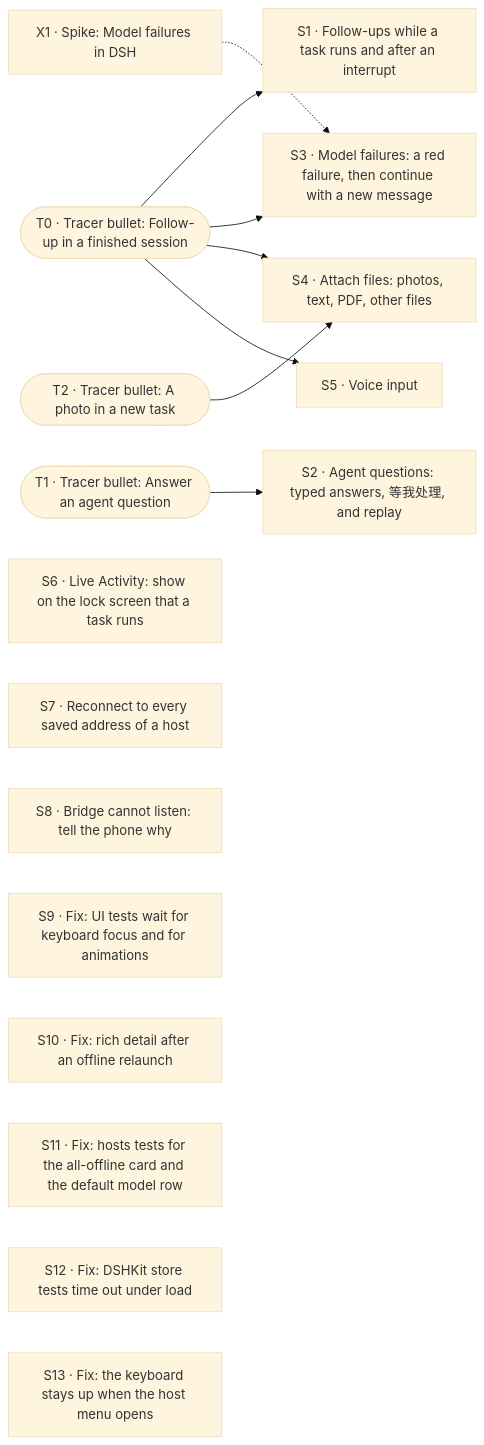
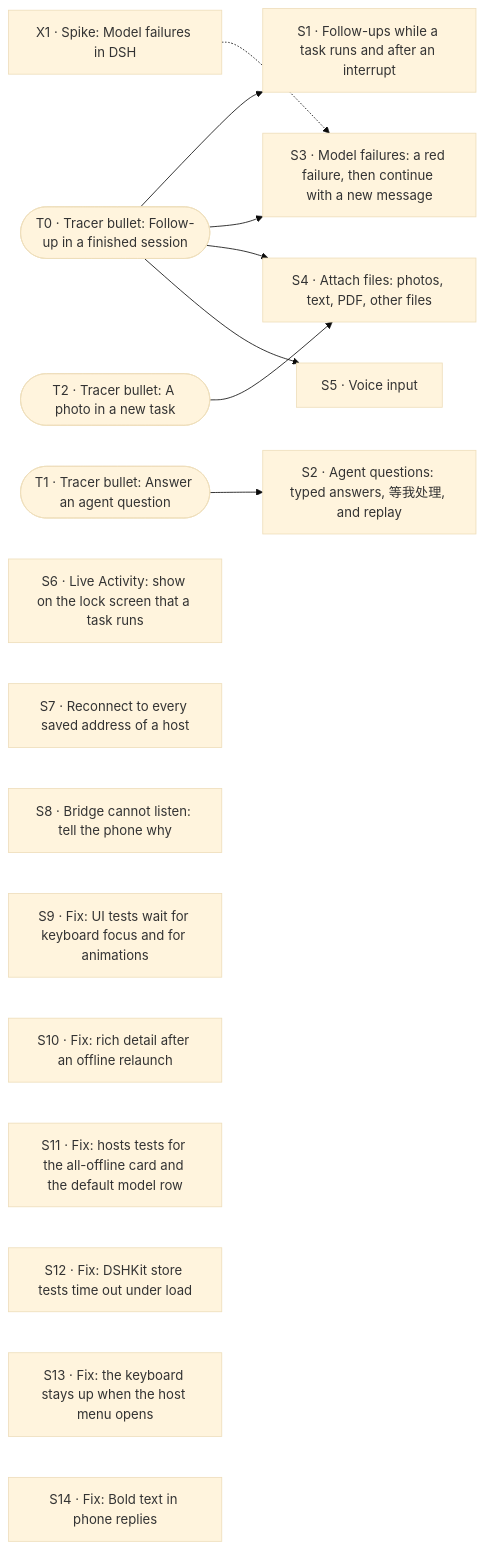
The diagram in PLAN.md (laichang/dsh-mobile), drawn with Mermaid (base theme) before and after one commit. The commit also changed other lines of this file, not shown here.

Commit message:
PLAN: S14 fix slice (Bold text in phone replies)

````diff
--- a/PLAN.md
+++ b/PLAN.md
@@ -90,28 +91,29 @@
 ```mermaid
 flowchart LR
     T0(["T0 · Tracer bullet: Follow-up in a finished session"])
     T1(["T1 · Tracer bullet: Answer an agent question"])
     T2(["T2 · Tracer bullet: A photo in a new task"])
     X1["X1 · Spike: Model failures in DSH"]
     S1["S1 · Follow-ups while a task runs and after an interrupt"]
     S2["S2 · Agent questions: typed answers, 等我处理, and replay"]
     S3["S3 · Model failures: a red failure, then continue with a new message"]
     S4["S4 · Attach files: photos, text, PDF, other files"]
     S5["S5 · Voice input"]
     S6["S6 · Live Activity: show on the lock screen that a task runs"]
     S7["S7 · Reconnect to every saved address of a host"]
     S8["S8 · Bridge cannot listen: tell the phone why"]
     S9["S9 · Fix: UI tests wait for keyboard focus and for animations"]
     S10["S10 · Fix: rich detail after an offline relaunch"]
     S11["S11 · Fix: hosts tests for the all-offline card and the default model row"]
     S12["S12 · Fix: DSHKit store tests time out under load"]
     S13["S13 · Fix: the keyboard stays up when the host menu opens"]
+    S14["S14 · Fix: Bold text in phone replies"]
 
     T0 --> S1
     T1 --> S2
     T0 --> S3
     X1 -.-> S3
     T0 --> S4
     T2 --> S4
     T0 --> S5
 ```
````
